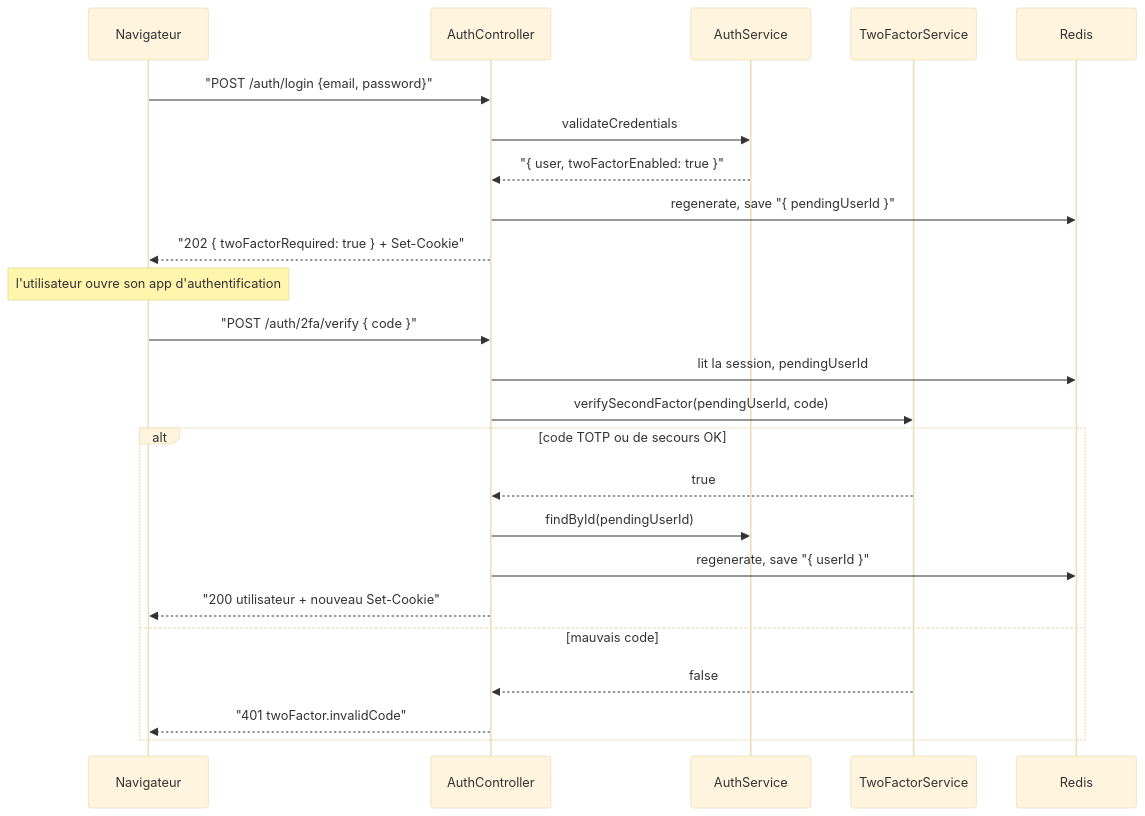
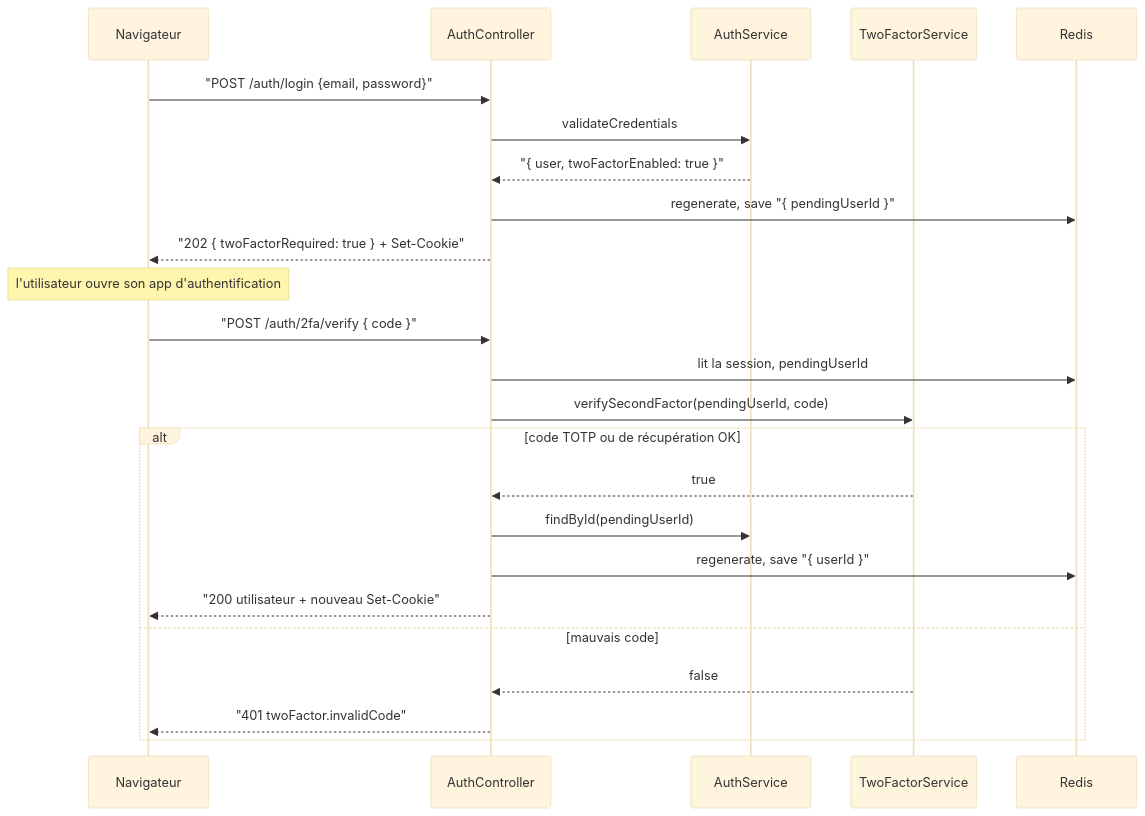
Before and after one commit to VictorBro/ft_transcendence: the fourth of 9 diagrams in docs-fr/api/05-auth-and-users.md, drawn with Mermaid (base theme). The commit also changed other lines of this file and 86 other files, not shown here.

````diff
--- a/docs-fr/api/05-auth-and-users.md
+++ b/docs-fr/api/05-auth-and-users.md
@@ -458,26 +460,26 @@
 ```mermaid
 sequenceDiagram
   participant B as Navigateur
   participant C as AuthController
   participant S as AuthService
   participant T as TwoFactorService
   participant R as Redis
   B->>C: "POST /auth/login {email, password}"
   C->>S: validateCredentials
   S-->>C: "{ user, twoFactorEnabled: true }"
   C->>R: regenerate, save "{ pendingUserId }"
   C-->>B: "202 { twoFactorRequired: true } + Set-Cookie"
   Note over B: l'utilisateur ouvre son app d'authentification
   B->>C: "POST /auth/2fa/verify { code }"
   C->>R: lit la session, pendingUserId
   C->>T: verifySecondFactor(pendingUserId, code)
-  alt code TOTP ou de secours OK
+  alt code TOTP ou de récupération OK
     T-->>C: true
     C->>S: findById(pendingUserId)
     C->>R: regenerate, save "{ userId }"
     C-->>B: "200 utilisateur + nouveau Set-Cookie"
   else mauvais code
     T-->>C: false
     C-->>B: "401 twoFactor.invalidCode"
   end
 ```
````
